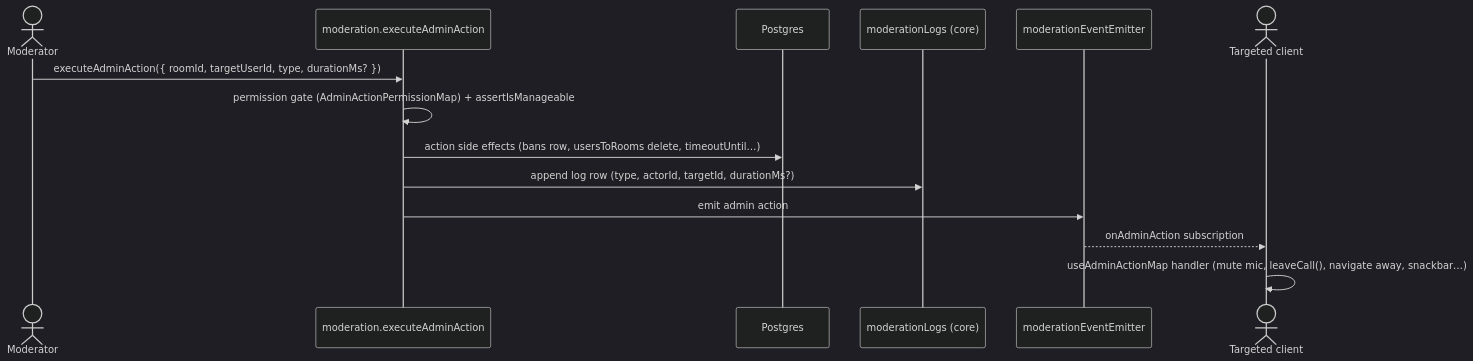
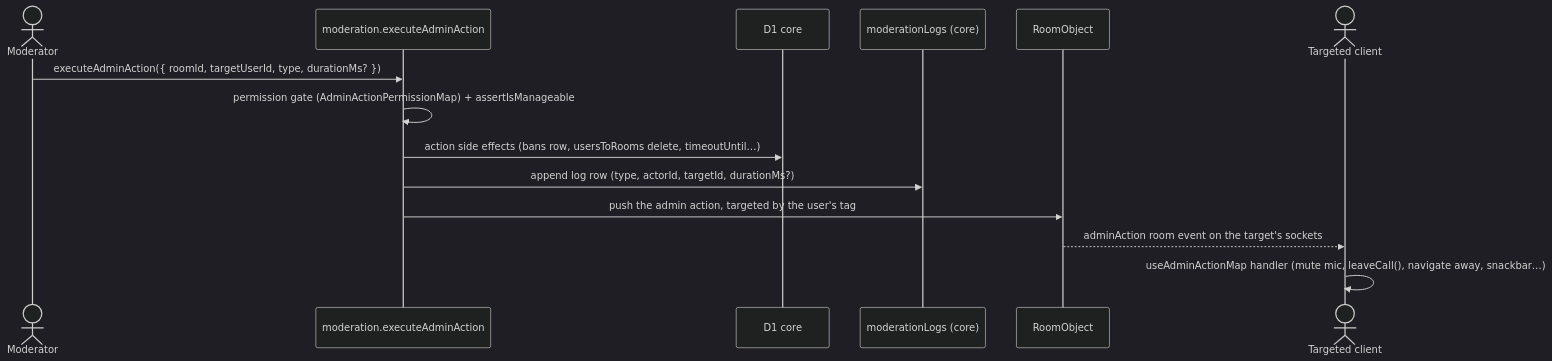
Before and after one commit to Esposter/Esposter: the diagram in openspec/specs/esbabbler/moderation/design.md, drawn with Mermaid (dark theme). The commit also changed other lines of this file and 5 other files, not shown here.

First line of the commit message:
docs(openspec): calls, moderation and the esbabbler index describe RealtimeKit presets and the call and room objects

````diff
--- a/openspec/specs/esbabbler/moderation/design.md
+++ b/openspec/specs/esbabbler/moderation/design.md
@@ -9,17 +9,17 @@
 ```mermaid
 sequenceDiagram
     actor Mod as Moderator
     participant R as moderation.executeAdminAction
-    participant PG as Postgres
+    participant DB as D1 core
     participant ML as moderationLogs (core)
-    participant E as moderationEventEmitter
+    participant O as RoomObject
     actor T as Targeted client
 
     Mod->>R: executeAdminAction({ roomId, targetUserId, type, durationMs? })
     R->>R: permission gate (AdminActionPermissionMap) + assertIsManageable
-    R->>PG: action side effects (bans row, usersToRooms delete, timeoutUntil…)
+    R->>DB: action side effects (bans row, usersToRooms delete, timeoutUntil…)
     R->>ML: append log row (type, actorId, targetId, durationMs?)
-    R->>E: emit admin action
-    E-->>T: onAdminAction subscription
+    R->>O: push the admin action, targeted by the user's tag
+    O-->>T: adminAction room event on the target's sockets
     T->>T: useAdminActionMap handler (mute mic, leaveCall(), navigate away, snackbar…)
 ```
````
